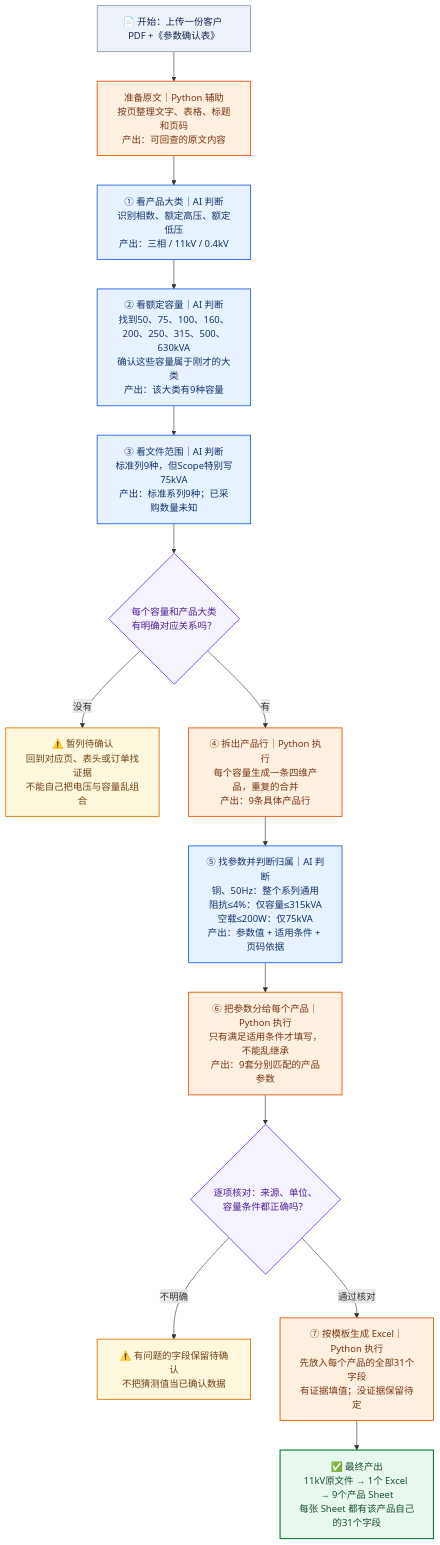
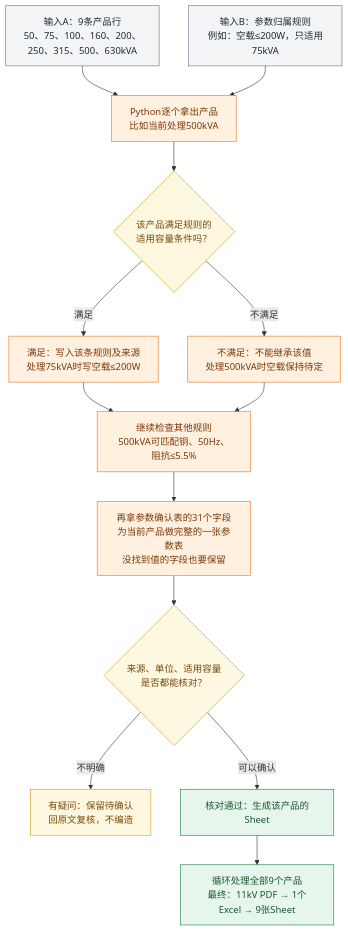
Before and after one commit to jnpd/jiexi10: the fourth of 4 diagrams in docs/07-产品拆解的真实思路_从规格书到产品行.md, drawn with Mermaid. The commit also changed other lines of this file, not shown here.

Commit message:
docs: replace overwhelming flowchart with four clear diagrams and traceable 11kV examples

````diff
--- a/docs/07-产品拆解的真实思路_从规格书到产品行.md
+++ b/docs/07-产品拆解的真实思路_从规格书到产品行.md
@@ -9,37 +120,31 @@
 ```mermaid
 flowchart TD
-    A["📄 开始：上传一份客户 PDF +《参数确认表》"]
-    B["准备原文｜Python 辅助<br/>按页整理文字、表格、标题和页码<br/>产出：可回查的原文内容"]
-    C["① 看产品大类｜AI 判断<br/>识别相数、额定高压、额定低压<br/>产出：三相 / 11kV / 0.4kV"]
-    D["② 看额定容量｜AI 判断<br/>找到50、75、100、160、200、250、315、500、630kVA<br/>确认这些容量属于刚才的大类<br/>产出：该大类有9种容量"]
-    E["③ 看文件范围｜AI 判断<br/>标准列9种，但Scope特别写75kVA<br/>产出：标准系列9种；已采购数量未知"]
-    F{"每个容量和产品大类<br/>有明确对应关系吗？"}
-    W["⚠️ 暂列待确认<br/>回到对应页、表头或订单找证据<br/>不能自己把电压与容量乱组合"]
-    G["④ 拆出产品行｜Python 执行<br/>每个容量生成一条四维产品，重复的合并<br/>产出：9条具体产品行"]
-    H["⑤ 找参数并判断归属｜AI 判断<br/>铜、50Hz：整个系列通用<br/>阻抗≤4%：仅容量≤315kVA<br/>空载≤200W：仅75kVA<br/>产出：参数值 + 适用条件 + 页码依据"]
-    I["⑥ 把参数分给每个产品｜Python 执行<br/>只有满足适用条件才填写，不能乱继承<br/>产出：9套分别匹配的产品参数"]
-    J{"逐项核对：来源、单位、<br/>容量条件都正确吗？"}
-    Y["⚠️ 有问题的字段保留待确认<br/>不把猜测值当已确认数据"]
-    K["⑦ 按模板生成 Excel｜Python 执行<br/>先放入每个产品的全部31个字段<br/>有证据填值；没证据保留待定"]
-    L["✅ 最终产出<br/>11kV原文件 → 1个 Excel → 9个产品 Sheet<br/>每张 Sheet 都有该产品自己的31个字段"]
-
-    A --> B --> C --> D --> E --> F
-    F -->|"有"| G
-    F -->|"没有"| W
-    G --> H --> I --> J
-    J -->|"不明确"| Y
-    J -->|"通过核对"| K --> L
-
-    classDef input fill:#edf2fa,stroke:#64748b,color:#172554,stroke-width:1px
-    classDef ai fill:#e6f2ff,stroke:#2563eb,color:#14336b,stroke-width:1.5px
-    classDef python fill:#fff0df,stroke:#ea580c,color:#78350f,stroke-width:1.5px
-    classDef check fill:#f5f3ff,stroke:#7c3aed,color:#4c1d95,stroke-width:1.5px
-    classDef warning fill:#fff8dc,stroke:#d97706,color:#713f12,stroke-width:1.5px
-    classDef done fill:#e8f8ee,stroke:#16803c,color:#14532d,stroke-width:2px
-    class A input
-    class C,D,E,H ai
-    class B,G,I,K python
-    class F,J check
-    class W,Y warning
-    class L done
+    A["输入A：9条产品行<br/>50、75、100、160、200、250、315、500、630kVA"]
+    B["输入B：参数归属规则<br/>例如：空载≤200W，只适用75kVA"]
+    C["Python逐个拿出产品<br/>比如当前处理500kVA"]
+    D{"该产品满足规则的<br/>适用容量条件吗？"}
+    E["满足：写入该条规则及来源<br/>处理75kVA时写空载≤200W"]
+    F["不满足：不能继承该值<br/>处理500kVA时空载保持待定"]
+    G["继续检查其他规则<br/>500kVA可匹配铜、50Hz、阻抗≤5.5%"]
+    H["再拿参数确认表的31个字段<br/>为当前产品做完整的一张参数表<br/>没找到值的字段也要保留"]
+    Q{"来源、单位、适用容量<br/>是否都能核对？"}
+    R["有疑问：保留待确认<br/>回原文复核，不编造"]
+    I["核对通过：生成该产品的Sheet"]
+    J["循环处理全部9个产品<br/>最终：11kV PDF → 1个Excel → 9张Sheet"]
+    A --> C
+    B --> C
+    C --> D
+    D -->|"满足"| E --> G
+    D -->|"不满足"| F --> G
+    G --> H --> Q
+    Q -->|"不明确"| R
+    Q -->|"可以确认"| I --> J
+    classDef input fill:#f3f4f6,stroke:#667085,color:#1f2937
+    classDef code fill:#fff0df,stroke:#e87722,color:#7c3806
+    classDef review fill:#fff8e0,stroke:#d39b13,color:#76490c
+    classDef output fill:#e7f6ed,stroke:#16803c,color:#18572d
+    class A,B input
+    class C,E,F,G,H code
+    class D,Q,R review
+    class I,J output
 ```
````
